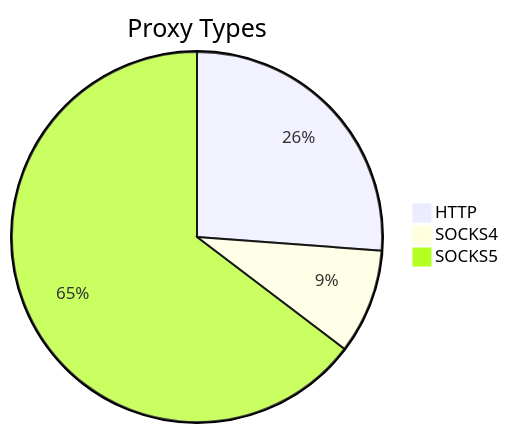
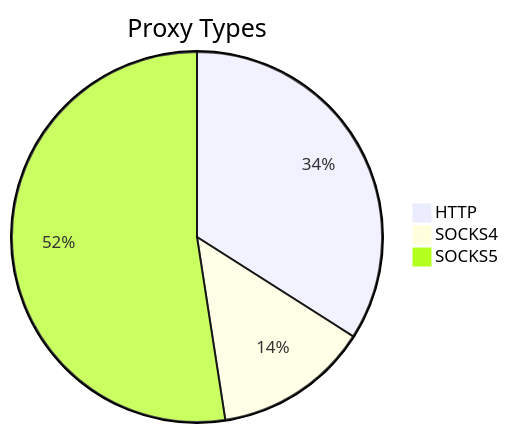
The first of 2 diagrams in README.md (stormsia/proxy-list), drawn with Mermaid before and after one commit. The commit also changed other lines of this file, not shown here.

````diff
--- a/README.md
+++ b/README.md
@@ -21,6 +21,6 @@
 ```mermaid
 pie title Proxy Types
-    "HTTP" : 100
-    "SOCKS4" : 35
-    "SOCKS5" : 247
+    "HTTP" : 299
+    "SOCKS4" : 119
+    "SOCKS5" : 461
 ```
````
